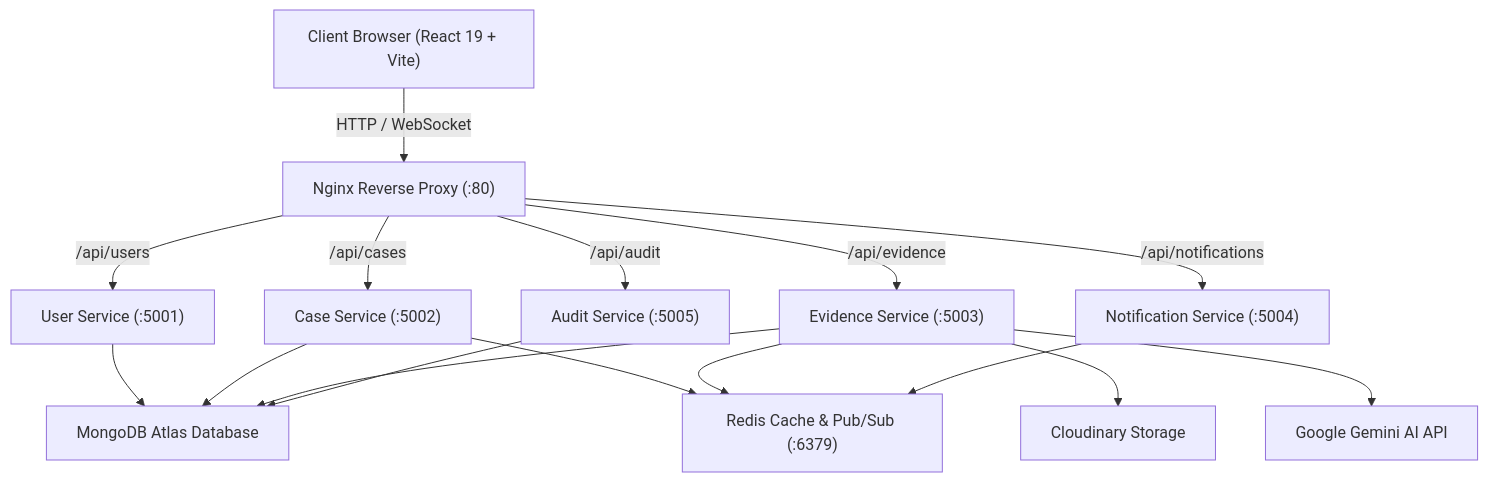
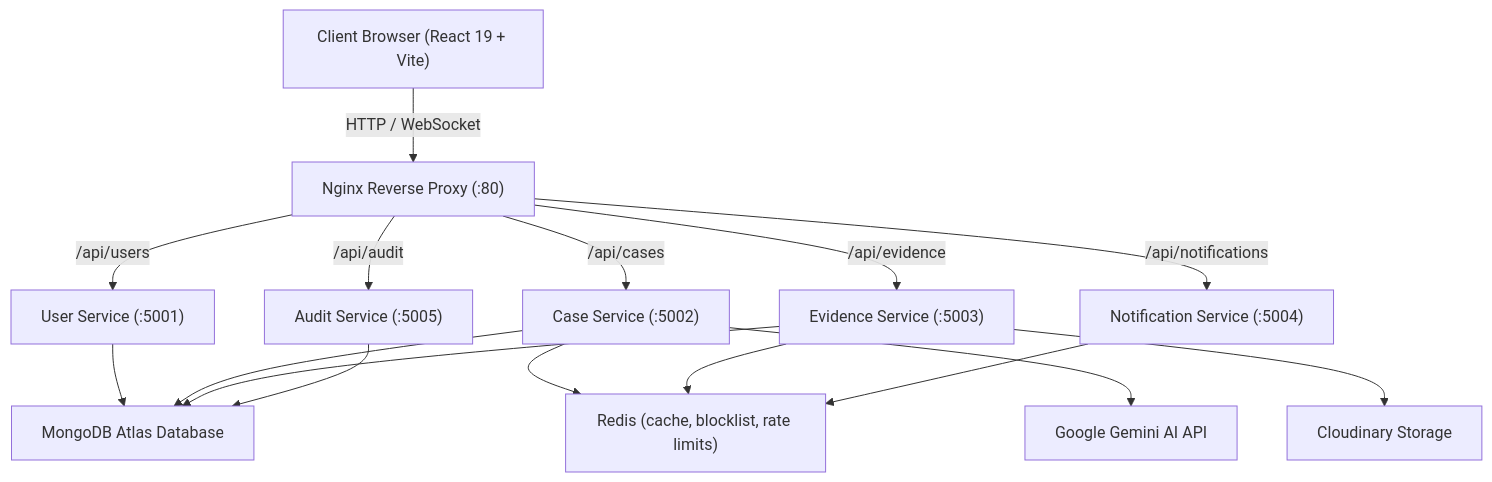
One commit to vamshiG24/secure-digital-evidence changed the diagram in README.md. Above: the diagram before and after it, drawn with Mermaid. The commit also changed other lines of this file and 7420 other files, not shown here.

Commit message:
docs: incorporate detailed security, architecture, and deployment specs

````diff
--- a/README.md
+++ b/README.md
@@ -47,28 +51,28 @@
 ```mermaid
 graph TD
     Client["Client Browser (React 19 + Vite)"]
     Nginx["Nginx Reverse Proxy (:80)"]
-    Redis["Redis Cache & Pub/Sub (:6379)"]
+    Redis["Redis (cache, blocklist, rate limits)"]
     Mongo["MongoDB Atlas Database"]
     Gemini["Google Gemini AI API"]
     Cloudinary["Cloudinary Storage"]
 
     Client -->|HTTP / WebSocket| Nginx
     Nginx -->|/api/users| UserService["User Service (:5001)"]
     Nginx -->|/api/cases| CaseService["Case Service (:5002)"]
     Nginx -->|/api/evidence| EvidenceService["Evidence Service (:5003)"]
     Nginx -->|/api/notifications| NotificationService["Notification Service (:5004)"]
     Nginx -->|/api/audit| AuditService["Audit Service (:5005)"]
 
     UserService --> Mongo
     CaseService --> Mongo
     EvidenceService --> Mongo
     EvidenceService --> Cloudinary
     AuditService --> Mongo
 
     CaseService --> Redis
     EvidenceService --> Redis
     NotificationService --> Redis
 
-    EvidenceService --> Gemini
+    CaseService --> Gemini
 ```
````
